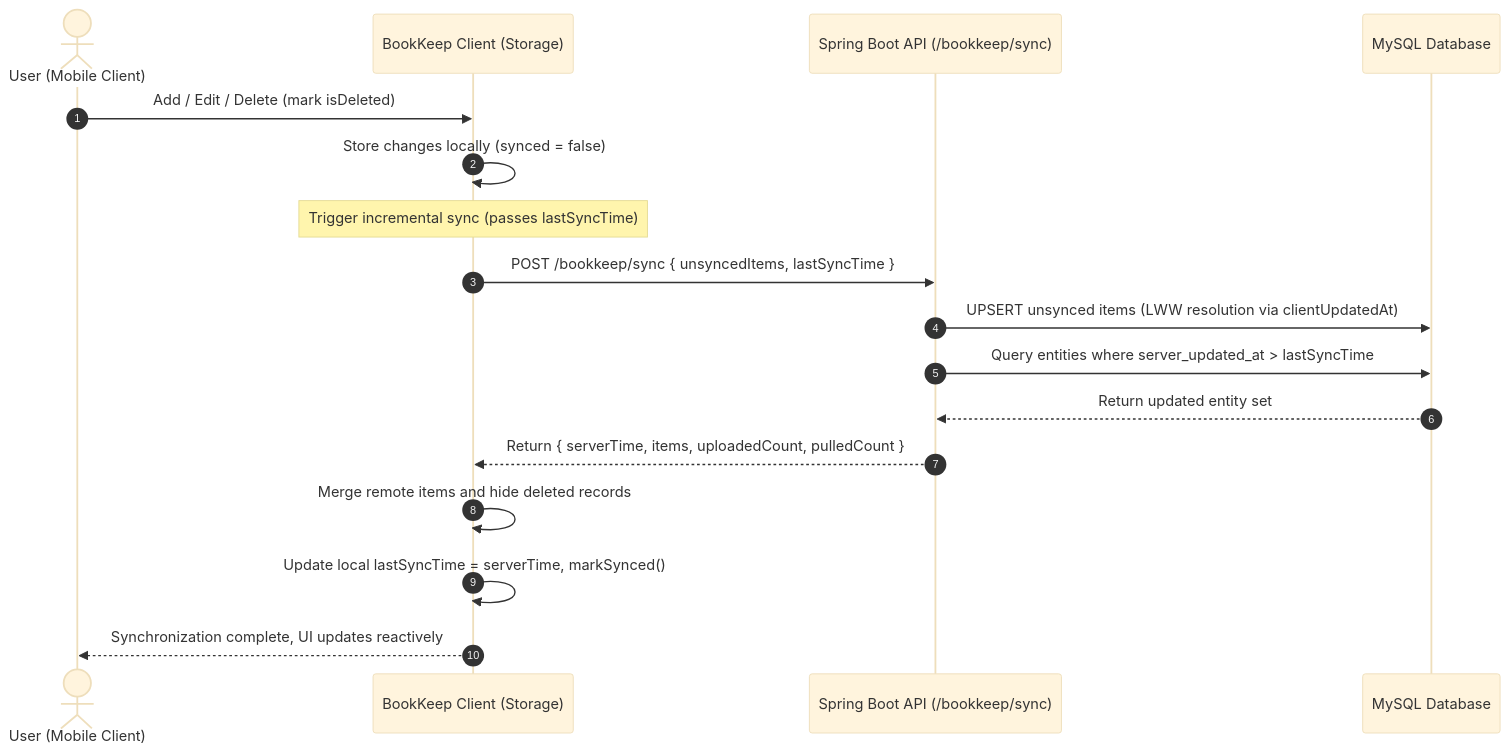
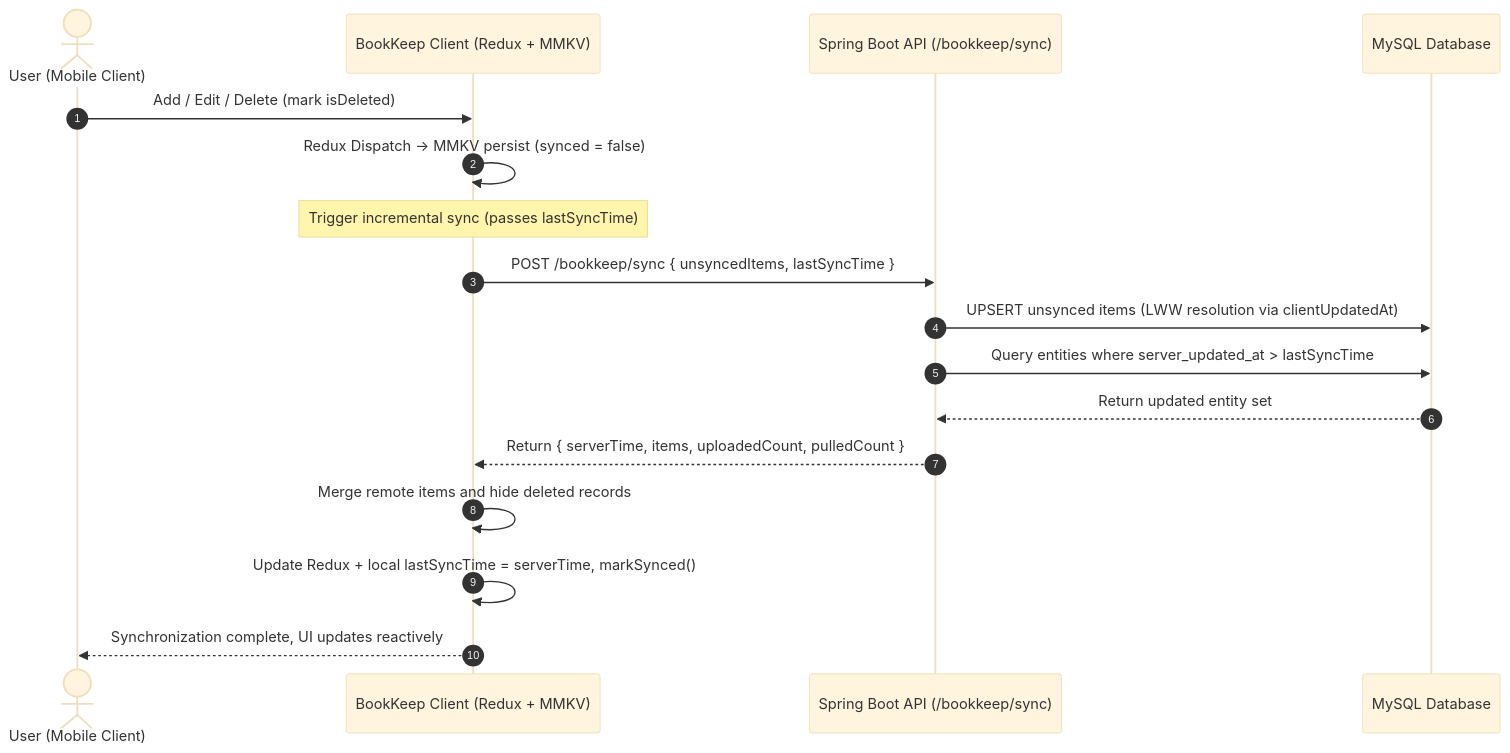
Before and after one commit to Akiha678/BookKeep: the diagram in README_EN.md, drawn with Mermaid (base theme). The commit also changed other lines of this file and 35 other files, not shown here.

````diff
--- a/README_EN.md
+++ b/README_EN.md
@@ -67,20 +90,20 @@
 ```mermaid
 sequenceDiagram
     autonumber
     actor User as User (Mobile Client)
-    participant Client as BookKeep Client (Storage)
+    participant Client as BookKeep Client (Redux + MMKV)
     participant Server as Spring Boot API (/bookkeep/sync)
     participant DB as MySQL Database
 
     User->>Client: Add / Edit / Delete (mark isDeleted)
-    Client->>Client: Store changes locally (synced = false)
+    Client->>Client: Redux Dispatch -> MMKV persist (synced = false)
     Note over Client: Trigger incremental sync (passes lastSyncTime)
     Client->>Server: POST /bookkeep/sync { unsyncedItems, lastSyncTime }
     Server->>DB: UPSERT unsynced items (LWW resolution via clientUpdatedAt)
     Server->>DB: Query entities where server_updated_at > lastSyncTime
     DB-->>Server: Return updated entity set
     Server-->>Client: Return { serverTime, items, uploadedCount, pulledCount }
     Client->>Client: Merge remote items and hide deleted records
-    Client->>Client: Update local lastSyncTime = serverTime, markSynced()
+    Client->>Client: Update Redux + local lastSyncTime = serverTime, markSynced()
     Client-->>User: Synchronization complete, UI updates reactively
 ```
````
